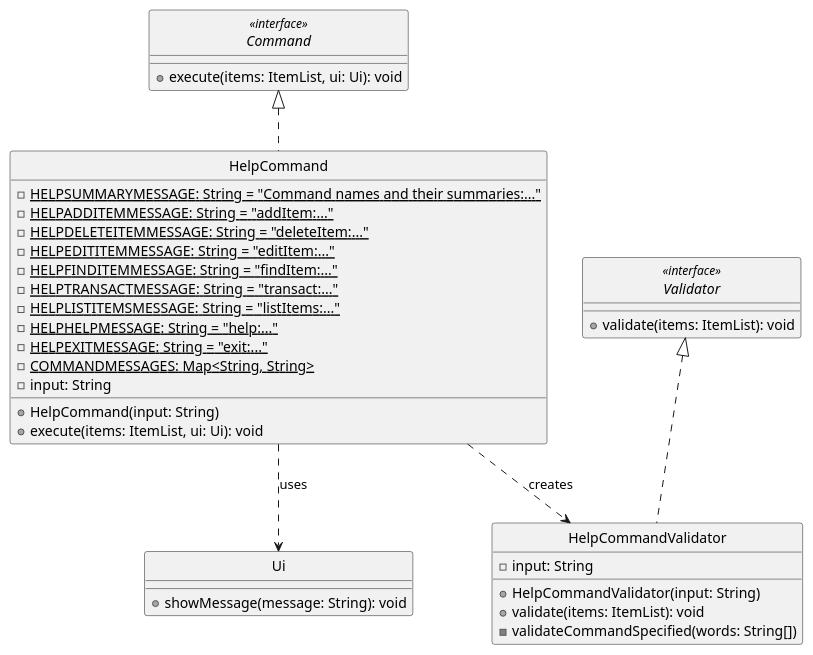
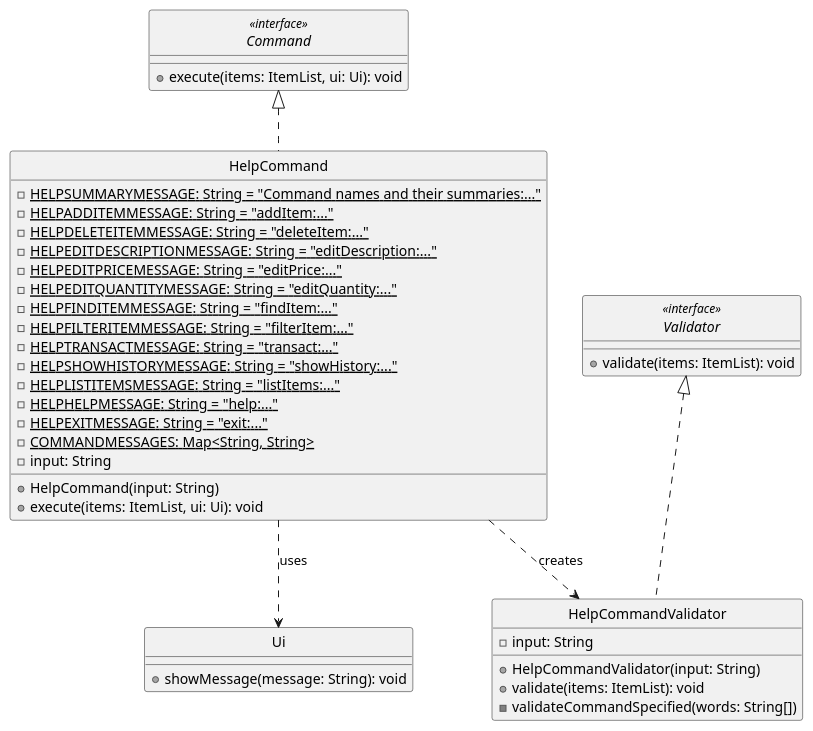
The diagram in docs/diagrams/HelpCommandClassDiagram.puml (kenpegrasio/tp), drawn with PlantUML before and after one commit. The commit also changed 7 other files, not shown here.

Commit message:
Edit DG, update known commands in TypoDetector, edit PPP, HelpCommand

```diff
--- a/docs/diagrams/HelpCommandClassDiagram.puml
+++ b/docs/diagrams/HelpCommandClassDiagram.puml
@@ -1,47 +1,51 @@
 @startuml
 skinparam monochrome true
 skinparam shadowing false
 hide circle
 
-interface Command <<interface>>{
+interface Command <<interface>> {
     + execute(items: ItemList, ui: Ui): void
 }
 
 class HelpCommand {
     {static} - HELPSUMMARYMESSAGE: String = "Command names and their summaries:..."
     {static} - HELPADDITEMMESSAGE: String = "addItem:..."
     {static} - HELPDELETEITEMMESSAGE: String = "deleteItem:..."
-    {static} - HELPEDITITEMMESSAGE: String = "editItem:..."
+    {static} - HELPEDITDESCRIPTIONMESSAGE: String = "editDescription:..."
+    {static} - HELPEDITPRICEMESSAGE: String = "editPrice:..."
+    {static} - HELPEDITQUANTITYMESSAGE: String = "editQuantity:..."
     {static} - HELPFINDITEMMESSAGE: String = "findItem:..."
+    {static} - HELPFILTERITEMMESSAGE: String = "filterItem:..."
     {static} - HELPTRANSACTMESSAGE: String = "transact:..."
+    {static} - HELPSHOWHISTORYMESSAGE: String = "showHistory:..."
     {static} - HELPLISTITEMSMESSAGE: String = "listItems:..."
     {static} - HELPHELPMESSAGE: String = "help:..."
     {static} - HELPEXITMESSAGE: String = "exit:..."
     {static} - COMMANDMESSAGES: Map<String, String>
     - input: String
     + HelpCommand(input: String)
     + execute(items: ItemList, ui: Ui): void
 }
 
-interface Validator <<interface>>{
+interface Validator <<interface>> {
     + validate(items: ItemList): void
 }
 
 class HelpCommandValidator {
     - input: String
     + HelpCommandValidator(input: String)
     + validate(items: ItemList): void
     - validateCommandSpecified(words: String[])
 }
 
 class Ui {
     + showMessage(message: String): void
 }
 
 Command <|.. HelpCommand
 Validator <|.. HelpCommandValidator
 
 HelpCommand ..> HelpCommandValidator : creates
 HelpCommand ..> Ui : uses
 
 @enduml
```
